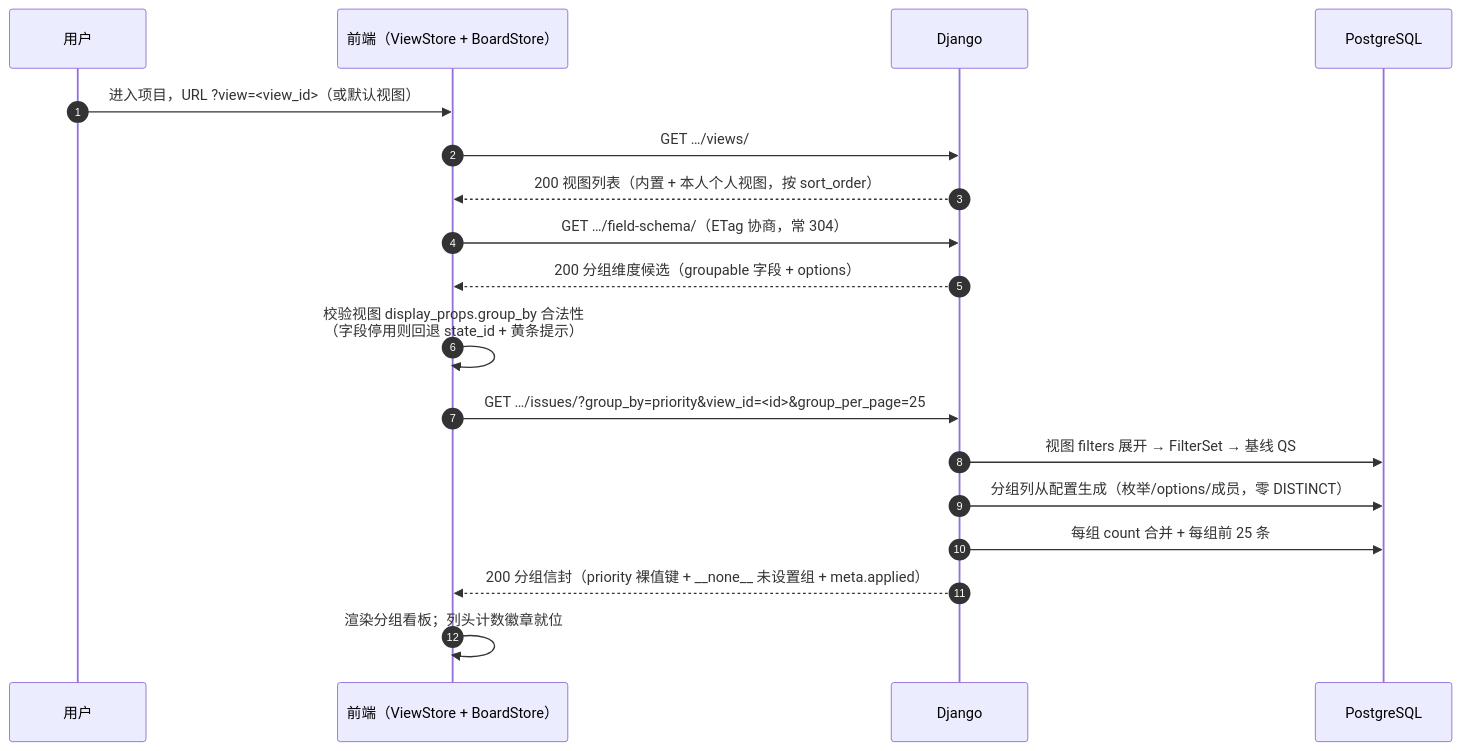
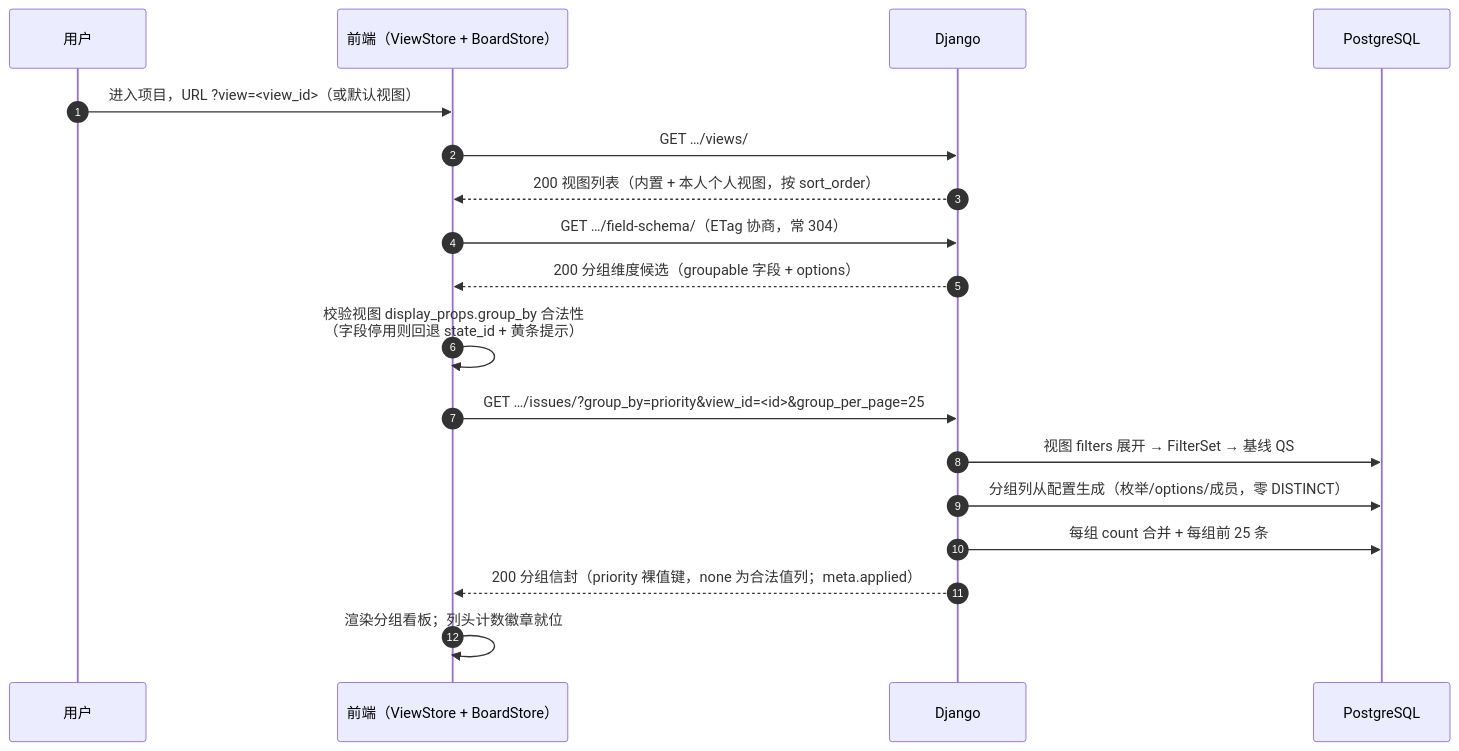
One commit to RabbitAI-Lab/RabbitProjects changed the second of 3 diagrams in docs/sprint-3-views-collab/BOARD-003-multi-kanban.md. Above: the diagram before and after it, drawn with Mermaid. The commit also changed other lines of this file and 99 other files, not shown here.

````diff
--- a/docs/sprint-3-views-collab/BOARD-003-multi-kanban.md
+++ b/docs/sprint-3-views-collab/BOARD-003-multi-kanban.md
@@ -125,21 +125,21 @@
 ```mermaid
 sequenceDiagram
     autonumber
     participant U as 用户
     participant FE as 前端（ViewStore + BoardStore）
     participant API as Django
     participant PG as PostgreSQL
 
     U->>FE: 进入项目，URL ?view=<view_id>（或默认视图）
     FE->>API: GET …/views/
     API-->>FE: 200 视图列表（内置 + 本人个人视图，按 sort_order）
     FE->>API: GET …/field-schema/（ETag 协商，常 304）
     API-->>FE: 200 分组维度候选（groupable 字段 + options）
     FE->>FE: 校验视图 display_props.group_by 合法性<br/>（字段停用则回退 state_id + 黄条提示）
     FE->>API: GET …/issues/?group_by=priority&view_id=<id>&group_per_page=25
     API->>PG: 视图 filters 展开 → FilterSet → 基线 QS
     API->>PG: 分组列从配置生成（枚举/options/成员，零 DISTINCT）
     API->>PG: 每组 count 合并 + 每组前 25 条
-    API-->>FE: 200 分组信封（priority 裸值键 + __none__ 未设置组 + meta.applied）
+    API-->>FE: 200 分组信封（priority 裸值键，none 为合法值列；meta.applied）
     FE->>FE: 渲染分组看板；列头计数徽章就位
 ```
````
